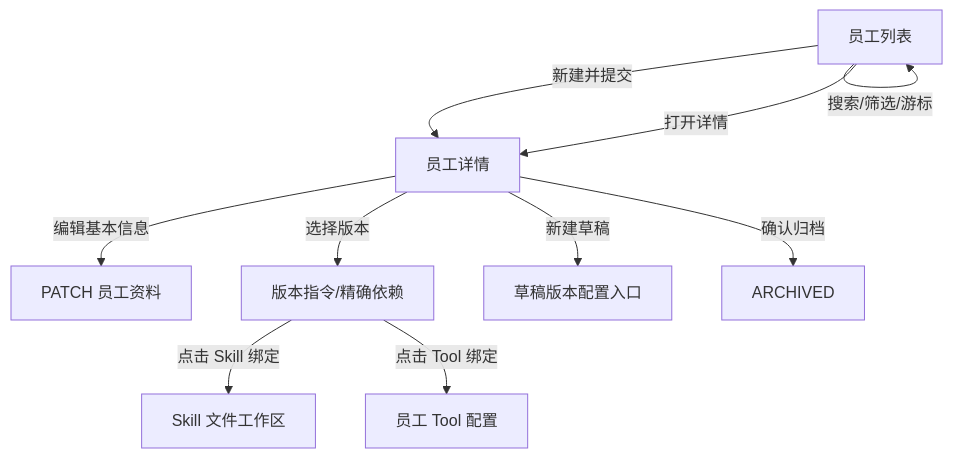
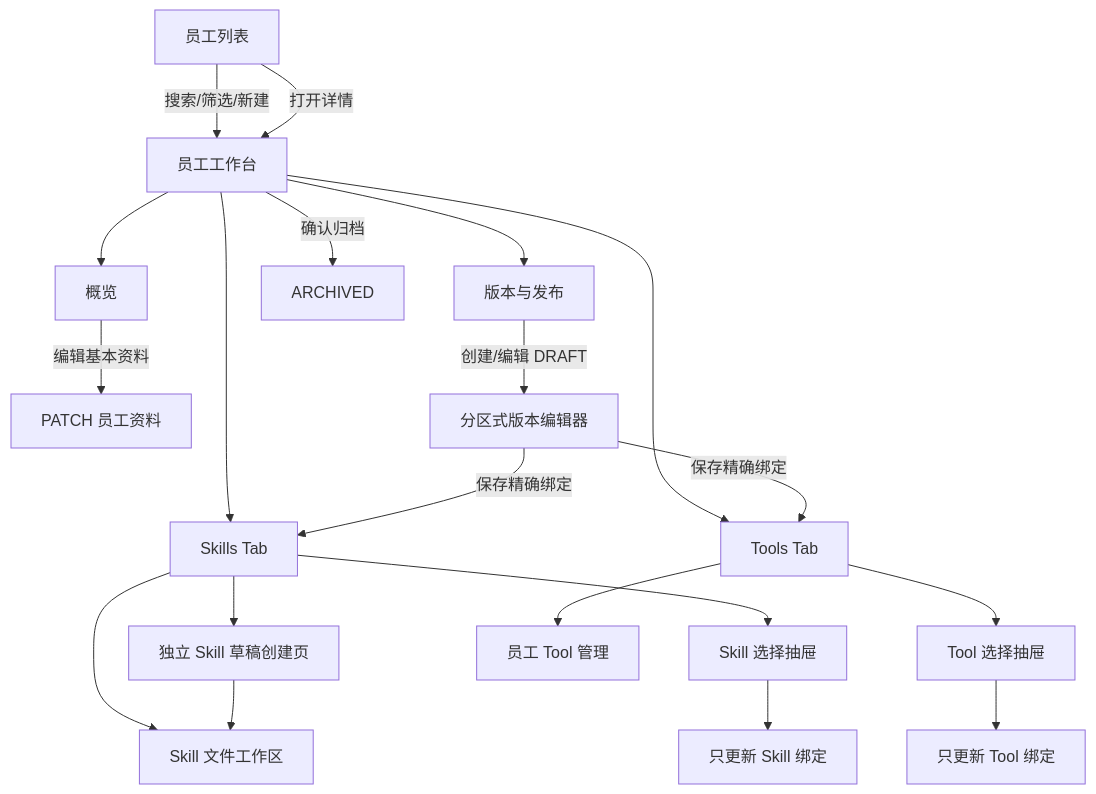
Before and after one commit to liulisheng/agentDemo: the second of 3 diagrams in docs/前端交互设计.md, drawn with Mermaid. The commit also changed other lines of this file and 38 other files, not shown here.

````diff
--- a/docs/前端交互设计.md
+++ b/docs/前端交互设计.md
@@ -93,12 +99,22 @@
 ```mermaid
 flowchart TD
-    List[员工列表] -->|搜索/筛选/游标| List
-    List -->|新建并提交| Detail[员工详情]
-    List -->|打开详情| Detail
-    Detail -->|编辑基本信息| Patch[PATCH 员工资料]
-    Detail -->|选择版本| Snapshot[版本指令/精确依赖]
-    Detail -->|新建草稿| Version[草稿版本配置入口]
-    Snapshot -->|点击 Skill 绑定| Files[Skill 文件工作区]
-    Snapshot -->|点击 Tool 绑定| Tool[员工 Tool 配置]
-    Detail -->|确认归档| Archive[ARCHIVED]
+    List[员工列表] -->|搜索/筛选/新建| Workspace[员工工作台]
+    List -->|打开详情| Workspace
+    Workspace --> Overview[概览]
+    Workspace --> SkillTab[Skills Tab]
+    Workspace --> ToolTab[Tools Tab]
+    Workspace --> Versions[版本与发布]
+    Overview -->|编辑基本资料| Patch[PATCH 员工资料]
+    SkillTab --> Files[Skill 文件工作区]
+    SkillTab --> SkillPicker[Skill 选择抽屉]
+    SkillPicker --> SkillBinding[只更新 Skill 绑定]
+    SkillTab --> SkillCreate[独立 Skill 草稿创建页]
+    SkillCreate --> Files
+    ToolTab --> Tool[员工 Tool 管理]
+    ToolTab --> ToolPicker[Tool 选择抽屉]
+    ToolPicker --> ToolBinding[只更新 Tool 绑定]
+    Versions -->|创建/编辑 DRAFT| Editor[分区式版本编辑器]
+    Editor -->|保存精确绑定| SkillTab
+    Editor -->|保存精确绑定| ToolTab
+    Workspace -->|确认归档| Archive[ARCHIVED]
 ```
````
